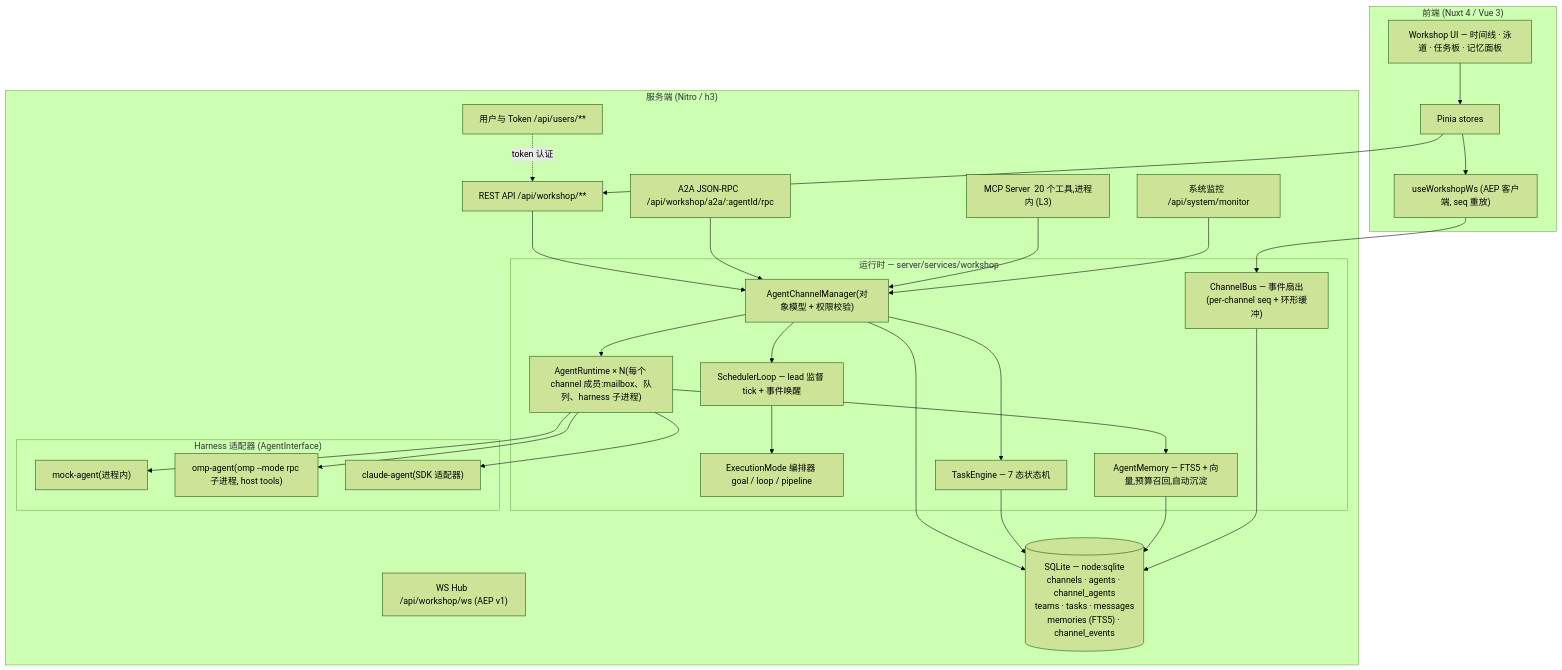
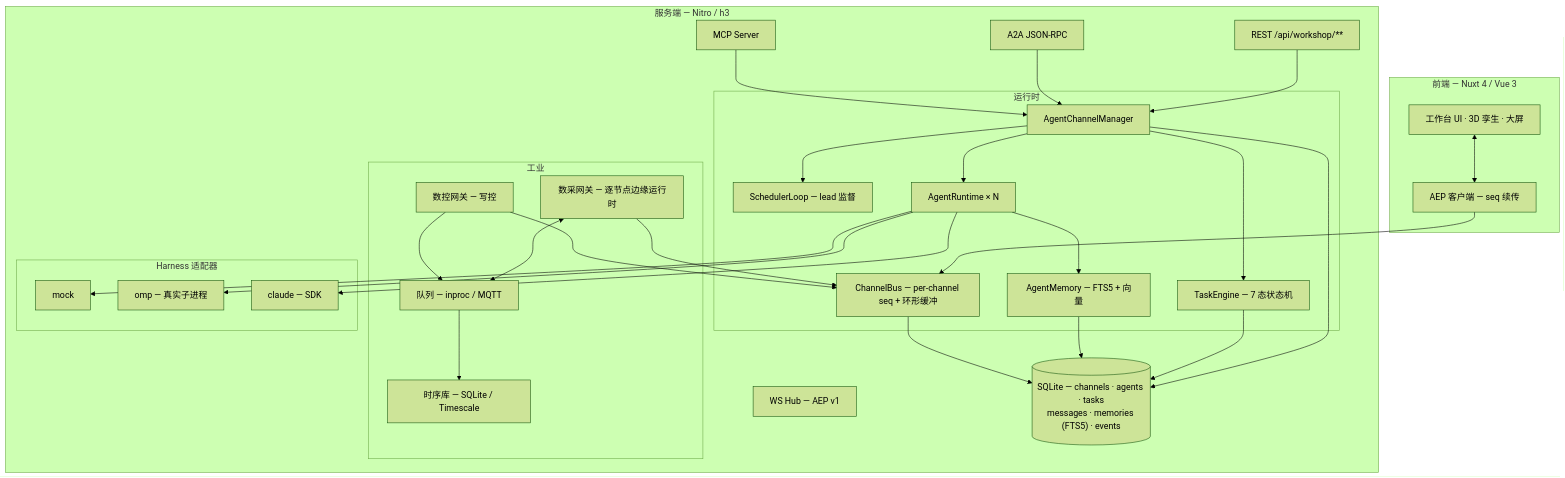
Before and after one commit to kingdol666/AgentWorkShop: the diagram in README-zh.md, drawn with Mermaid (forest theme). The commit also changed other lines of this file and 112 other files, not shown here.

````diff
--- a/README-zh.md
+++ b/README-zh.md
@@ -291,54 +112,44 @@
 ```mermaid
 flowchart TB
-    subgraph FE["前端 (Nuxt 4 / Vue 3)"]
-        UI["Workshop UI — 时间线 · 泳道 · 任务板 · 记忆面板"]
-        STORES["Pinia stores"]
-        WS["useWorkshopWs (AEP 客户端, seq 重放)"]
+    subgraph FE["前端 — Nuxt 4 / Vue 3"]
+        UI["工作台 UI · 3D 孪生 · 大屏"]
+        WS["AEP 客户端 — seq 续传"]
     end
-
-    subgraph SRV["服务端 (Nitro / h3)"]
-        REST["REST API  /api/workshop/**"]
-        WSHUB["WS Hub  /api/workshop/ws (AEP v1)"]
-        A2A["A2A JSON-RPC  /api/workshop/a2a/:agentId/rpc"]
-        MCP["MCP Server  20 个工具,进程内 (L3)"]
-        USR["用户与 Token  /api/users/**"]
-        MON["系统监控  /api/system/monitor"]
-
-        subgraph RT["运行时 — server/services/workshop"]
-            MGR["AgentChannelManager(对象模型 + 权限校验)"]
-            SCH["SchedulerLoop — lead 监督 tick + 事件唤醒"]
-            MODE["ExecutionMode 编排器 goal / loop / pipeline"]
+    subgraph SRV["服务端 — Nitro / h3"]
+        REST["REST /api/workshop/**"]
+        HUB["WS Hub — AEP v1"]
+        A2A["A2A JSON-RPC"]
+        MCP["MCP Server"]
+        subgraph RT["运行时"]
+            MGR["AgentChannelManager"]
+            SCH["SchedulerLoop — lead 监督"]
             TE["TaskEngine — 7 态状态机"]
-            AR["AgentRuntime × N(每个 channel 成员:mailbox、队列、harness 子进程)"]
-            MEM["AgentMemory — FTS5 + 向量,预算召回,自动沉淀"]
-            BUS["ChannelBus — 事件扇出(per-channel seq + 环形缓冲)"]
+            AR["AgentRuntime × N"]
+            MEM["AgentMemory — FTS5 + 向量"]
+            BUS["ChannelBus — per-channel seq + 环形缓冲"]
         end
-
-        subgraph HB["Harness 适配器 (AgentInterface)"]
-            MOCK["mock-agent(进程内)"]
-            OMP["omp-agent(omp --mode rpc 子进程, host tools)"]
-            CLD["claude-agent(SDK 适配器)"]
+        subgraph IND["工业"]
+            DAQ["数采网关 — 逐节点边缘运行时"]
+            DCW["数控网关 — 写控"]
+            BR["队列 — inproc / MQTT"]
+            TSDB["时序库 — SQLite / Timescale"]
         end
-
-        DB[("SQLite — node:sqlite\nchannels · agents · channel_agents\nteams · tasks · messages\nmemories (FTS5) · channel_events")]
+        subgraph HB["Harness 适配器"]
+            MOCK["mock"]
+            OMP["omp — 真实子进程"]
+            CLD["claude — SDK"]
+        end
+        DB[("SQLite — channels · agents · tasks
+messages · memories (FTS5) · events")]
     end
-
-    UI --> STORES --> WS
-    STORES --> REST
+    UI <--> WS
     WS --> BUS
-    REST --> MGR
-    A2A --> MGR
-    MCP --> MGR
-    USR -.token 认证.-> REST
-    MON --> MGR
-    MGR --> SCH
-    SCH --> MODE
-    MGR --> TE
-    MGR --> AR
+    REST & A2A & MCP --> MGR
+    MGR --> SCH & TE & AR
     AR --> MEM
     AR --> MOCK & OMP & CLD
-    MGR --> DB
-    TE --> DB
-    MEM --> DB
-    BUS --> DB
+    MGR & TE & MEM & BUS --> DB
+    DAQ <--> BR --> TSDB
+    DCW --> BR
+    DAQ & DCW --> BUS
 ```
````
